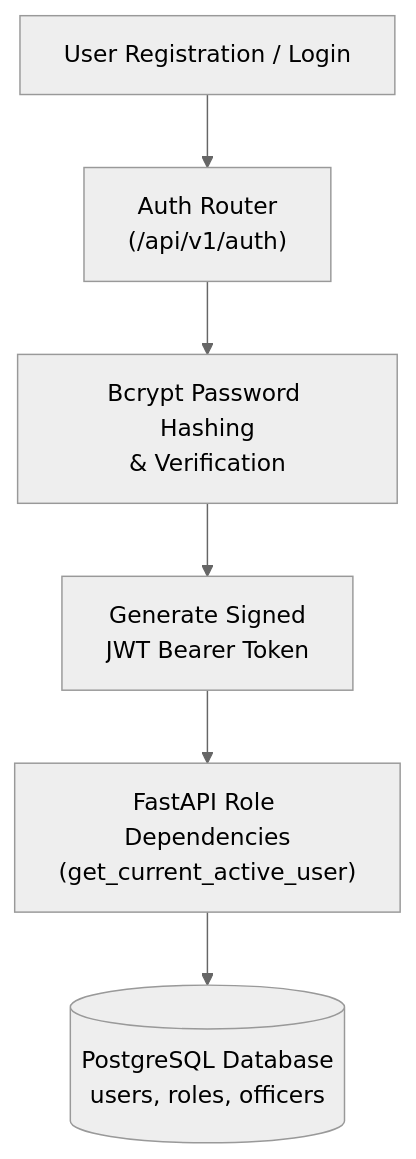
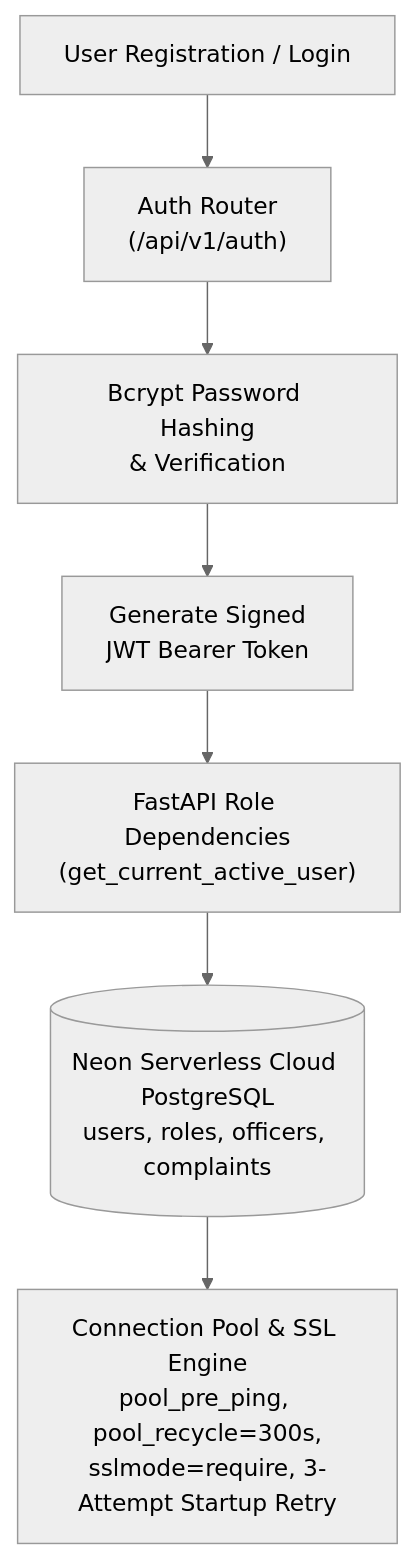
Before and after one commit to SHRUTISINHA250714/civic: the fourth of 18 diagrams in phases.md, drawn with Mermaid (neutral theme). The commit also changed other lines of this file and 1 other file, not shown here.

````diff
--- a/phases.md
+++ b/phases.md
@@ -131,8 +131,9 @@
 ```mermaid
 flowchart TD
     User["User Registration / Login"] --> Auth["Auth Router\n(/api/v1/auth)"]
     Auth --> Hash["Bcrypt Password Hashing\n& Verification"]
     Hash --> JWT["Generate Signed\nJWT Bearer Token"]
     JWT --> Guards["FastAPI Role Dependencies\n(get_current_active_user)"]
-    Guards --> DB[(PostgreSQL Database\nusers, roles, officers)]
+    Guards --> DB[(Neon Serverless Cloud PostgreSQL\nusers, roles, officers, complaints)]
+    DB --> Pool["Connection Pool & SSL Engine\npool_pre_ping, pool_recycle=300s,\nsslmode=require, 3-Attempt Startup Retry"]
 ```
````
